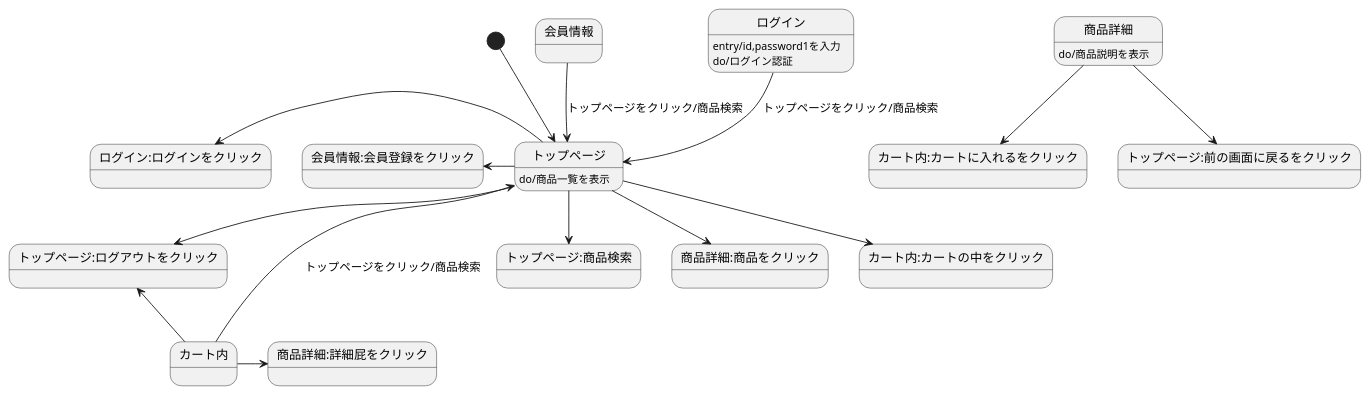
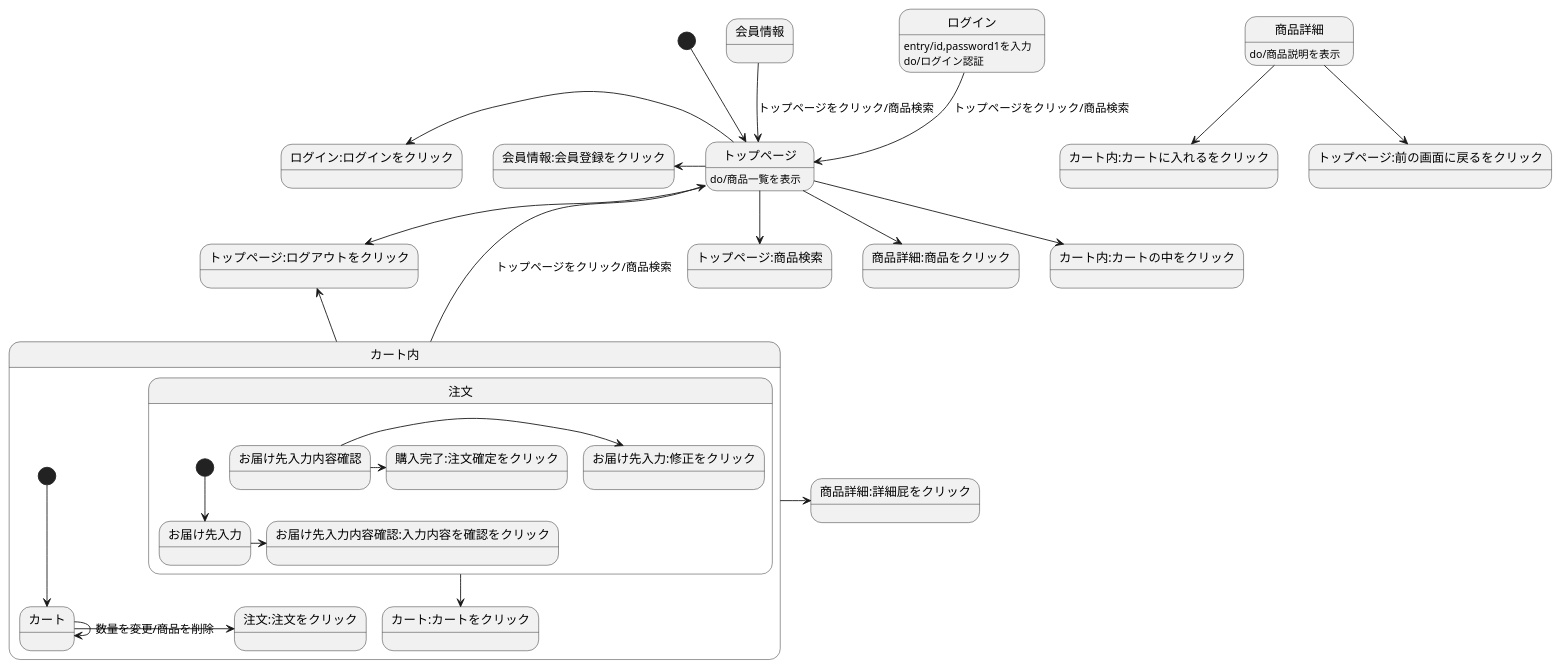
Before and after one commit to Aso2001224/2021sys-design: the diagram in 画面遷移図.md, drawn with PlantUML.

````diff
--- a/画面遷移図.md
+++ b/画面遷移図.md
@@ -1,28 +1,35 @@
 ```uml
 @startuml
 [*] --> トップページ
 会員情報--> トップページ:トップページをクリック/商品検索
 ログイン--> トップページ:トップページをクリック/商品検索
 ログイン:entry/id,password1を入力
 ログイン:do/ログイン認証
 トップページ-->トップページ:ログアウトをクリック
 トップページ-->トップページ:商品検索
 トップページ-->商品詳細:商品をクリック
 トップページ-left-> 会員情報:会員登録をクリック
 トップページ-left->ログイン:ログインをクリック
 トップページ-->カート内:カートの中をクリック
 トップページ:do/商品一覧を表示
 商品詳細-->カート内:カートに入れるをクリック
 商品詳細-->トップページ:前の画面に戻るをクリック
 商品詳細:do/商品説明を表示
 カート内-up->トップページ:トップページをクリック/商品検索
 カート内-up->トップページ:ログアウトをクリック
 カート内->商品詳細:詳細屁をクリック
 
-
-
-
-
-
-
+state カート内{
+[*]-->カート
+カート->注文:注文をクリック
+カート-> カート:数量を変更/商品を削除
+注文-->カート:カートをクリック
+state 注文{
+[*]-->お届け先入力
+お届け先入力->お届け先入力内容確認:入力内容を確認をクリック
+お届け先入力内容確認-> お届け先入力:修正をクリック
+お届け先入力内容確認->購入完了:注文確定をクリック
+}
+}
+@enduml
 ```
````
